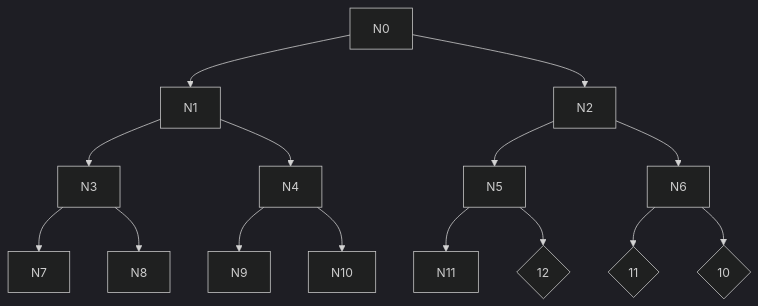
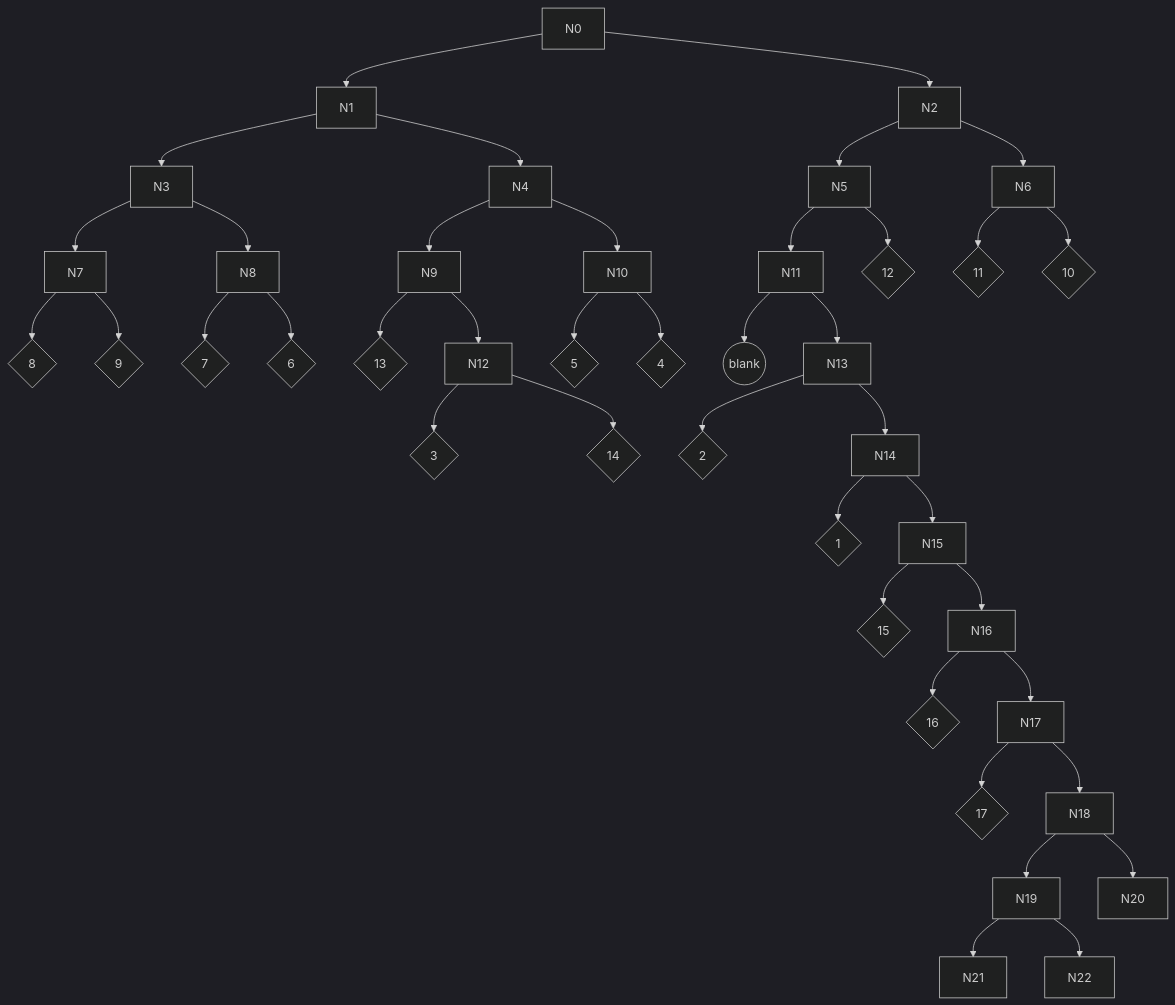
The diagram in a1800_huffman.md (mtkimmins/LTSDM_hack), drawn with Mermaid (dark theme) before and after one commit.

````diff
--- a/a1800_huffman.md
+++ b/a1800_huffman.md
@@ -25,17 +25,44 @@
 ```mermaid
 graph TD;
     N0-->N1
     N0-->N2
     N1-->N3
     N1-->N4
     N2-->N5
     N2-->N6
     N3-->N7
     N3-->N8
     N4-->N9
     N4-->N10
     N5-->N11
     N5-->L1{12}
     N6-->L2{11}
     N6-->L3{10}
+    N7-->L4{8}
+    N7-->L5{9}
+    N8-->L6{7}
+    N8-->L7{6}
+    N9-->L8{13}
+    N9-->N12
+    N10-->L9{5}
+    N10-->L10{4}
+    N11-->B1((blank))
+    N11-->N13
+    N12-->L11{3}
+    N12-->L12{14}
+    N13-->L13{2}
+    N13-->N14
+    N14-->L14{1}
+    N14-->N15
+    N15-->L15{15}
+    N15-->N16
+    N16-->L16{16}
+    N16-->N17
+    N17-->L17{17}
+    N17-->N18
+    N18-->N19
+    N18-->N20
+    N19-->N21
+    N19-->N22
+    
 ```
````
